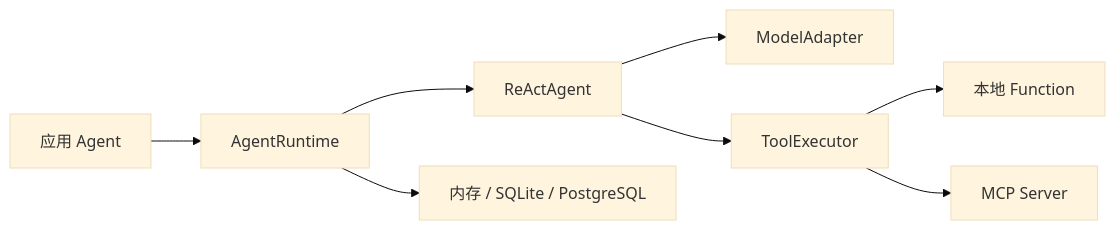
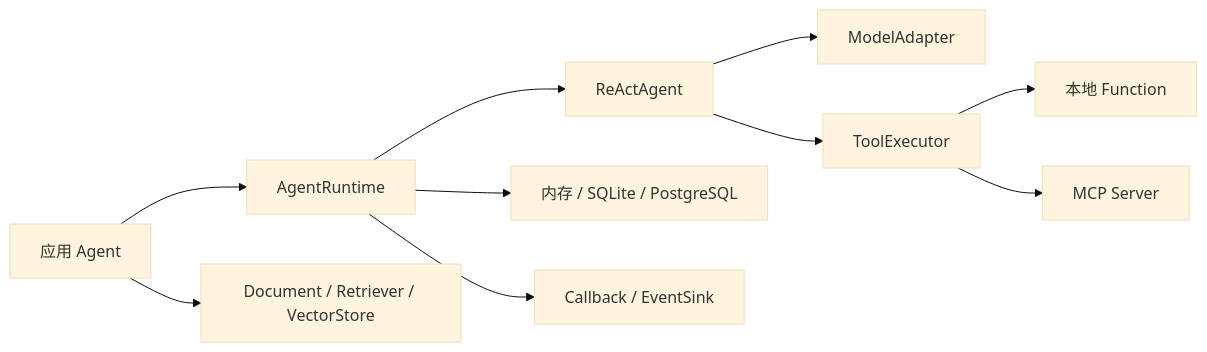
Before and after one commit to qiuzixu/agent-core: the diagram in docs/index.md, drawn with Mermaid (base theme). The commit also changed other lines of this file and 70 other files, not shown here.

````diff
--- a/docs/index.md
+++ b/docs/index.md
@@ -28,10 +29,12 @@
 ```mermaid
 flowchart LR
     App[应用 Agent] --> Runtime[AgentRuntime]
     Runtime --> Loop[ReActAgent]
     Loop --> Model[ModelAdapter]
     Loop --> Tools[ToolExecutor]
     Tools --> Function[本地 Function]
     Tools --> MCP[MCP Server]
     Runtime --> Store[内存 / SQLite / PostgreSQL]
+    Runtime --> Callback[Callback / EventSink]
+    App --> Retrieval[Document / Retriever / VectorStore]
 ```
````
